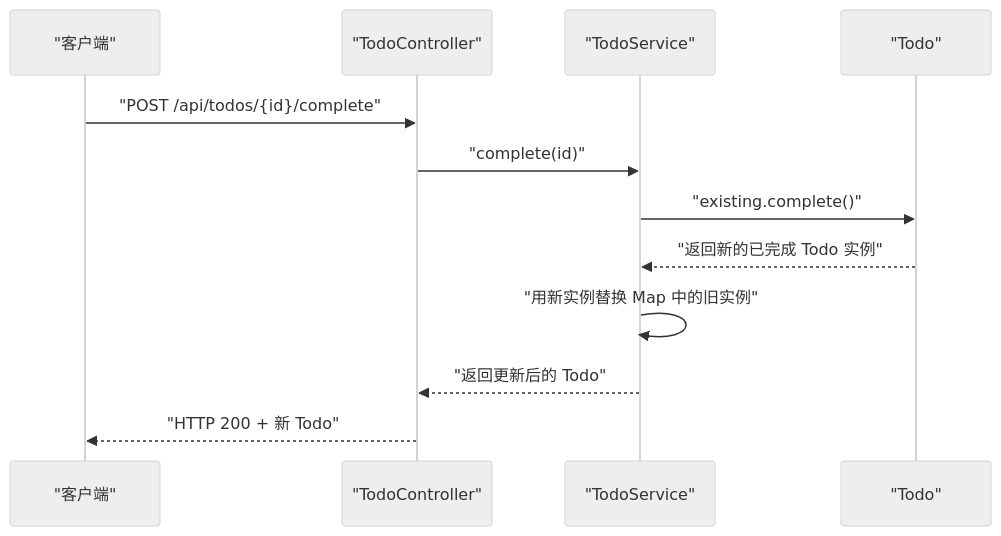
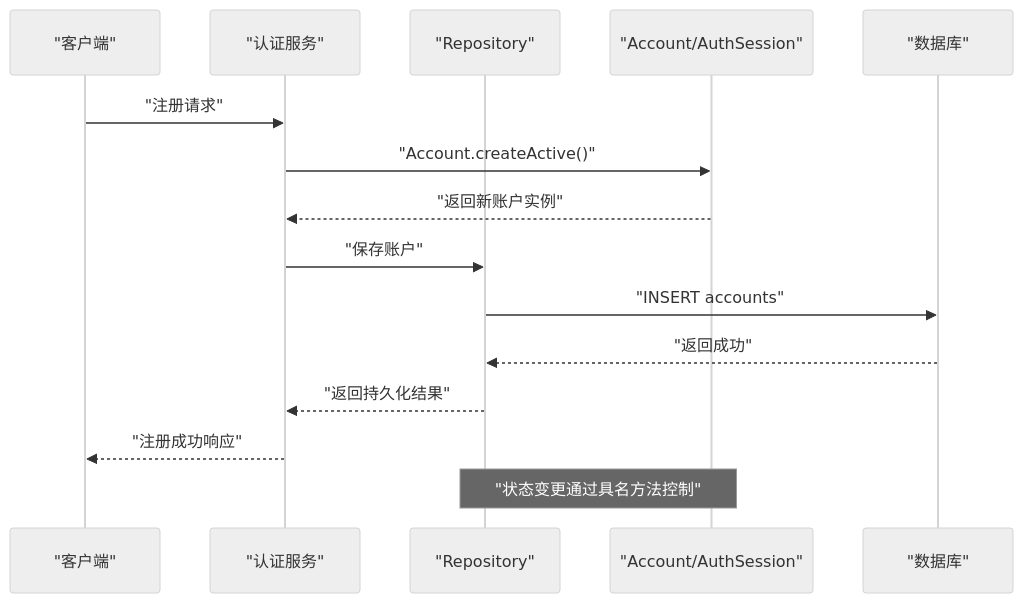
One commit to luyitiger6/my-first-project changed the second of 6 diagrams in .qoder/repowiki/zh/content/后端开发/领域模型设计.md. Above: the diagram before and after it, drawn with Mermaid (neutral theme). The commit also changed other lines of this file and 42 other files, not shown here.

````diff
--- a/.qoder/repowiki/zh/content/后端开发/领域模型设计.md
+++ b/.qoder/repowiki/zh/content/后端开发/领域模型设计.md
@@ -77,14 +100,17 @@
 ```mermaid
 sequenceDiagram
 participant Client as "客户端"
-participant Controller as "TodoController"
-participant Service as "TodoService"
-participant Domain as "Todo"
-Client->>Controller : "POST /api/todos/{id}/complete"
-Controller->>Service : "complete(id)"
-Service->>Domain : "existing.complete()"
-Domain-->>Service : "返回新的已完成 Todo 实例"
-Service->>Service : "用新实例替换 Map 中的旧实例"
-Service-->>Controller : "返回更新后的 Todo"
-Controller-->>Client : "HTTP 200 + 新 Todo"
+participant Service as "认证服务"
+participant Repo as "Repository"
+participant Domain as "Account/AuthSession"
+participant DB as "数据库"
+Client->>Service : "注册请求"
+Service->>Domain : "Account.createActive()"
+Domain-->>Service : "返回新账户实例"
+Service->>Repo : "保存账户"
+Repo->>DB : "INSERT accounts"
+DB-->>Repo : "返回成功"
+Repo-->>Service : "返回持久化结果"
+Service-->>Client : "注册成功响应"
+Note over Domain,Repo : "状态变更通过具名方法控制"
 ```
````
